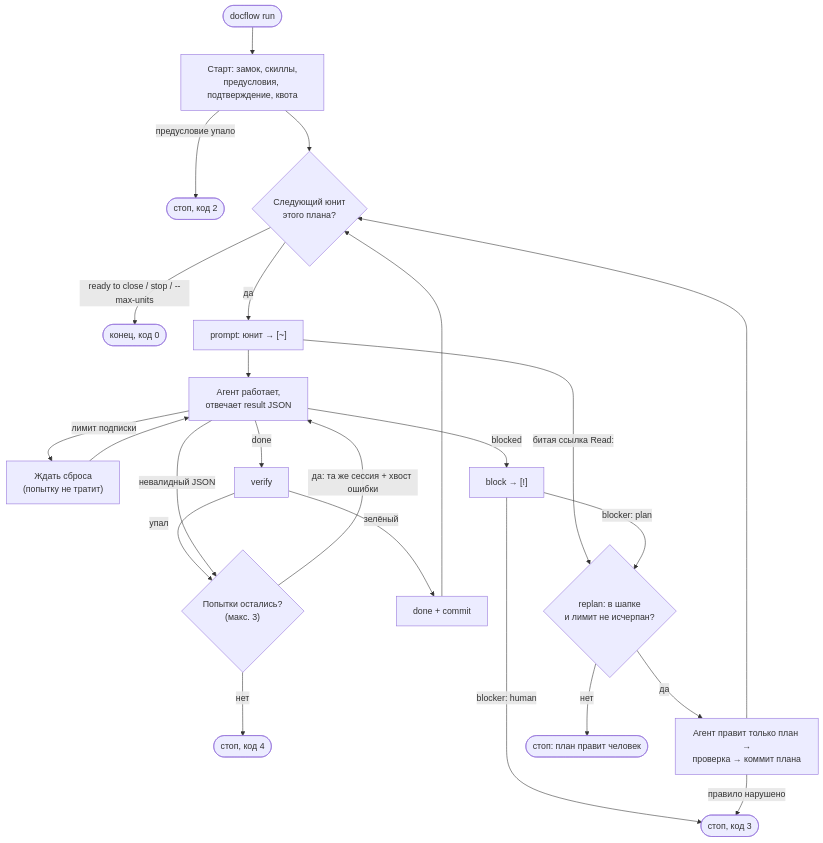
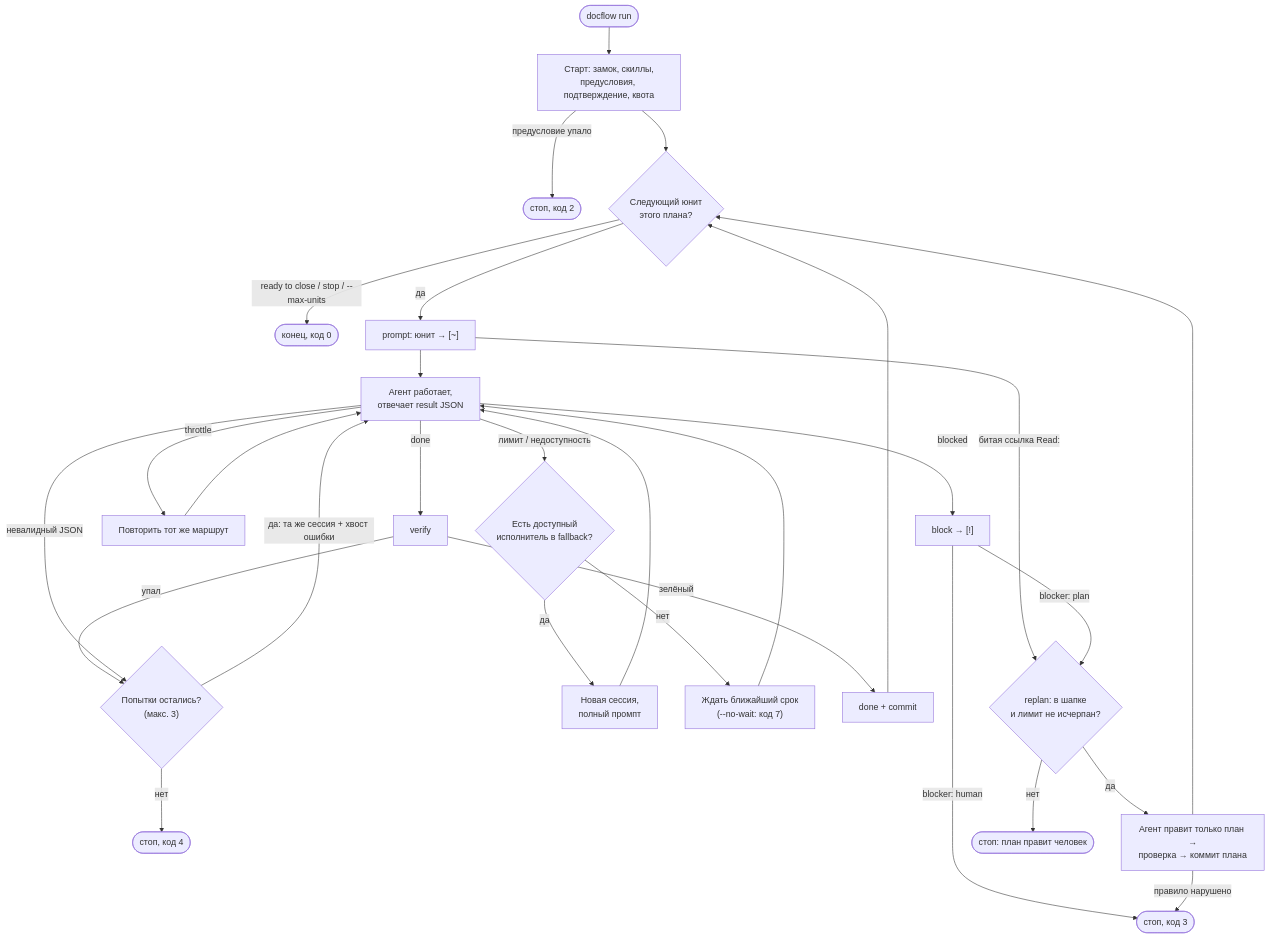
Before and after one commit to sboko83/docflow: the diagram in docs/design/runner.md, drawn with Mermaid. The commit also changed other lines of this file and 10 other files, not shown here.

````diff
--- a/docs/design/runner.md
+++ b/docs/design/runner.md
@@ -9,23 +9,26 @@
 ```mermaid
 flowchart TD
     A([docflow run]) --> B["Старт: замок, скиллы,<br/>предусловия, подтверждение, квота"]
     B -->|предусловие упало| S2([стоп, код 2])
     B --> C{"Следующий юнит<br/>этого плана?"}
     C -->|"ready to close / stop / --max-units"| S0([конец, код 0])
     C -->|да| P["prompt: юнит → [~]"]
     P -->|"битая ссылка Read:"| R
     P --> AG["Агент работает,<br/>отвечает result JSON"]
-    AG -->|лимит подписки| W["Ждать сброса<br/>(попытку не тратит)"] --> AG
+    AG -->|лимит / недоступность| F{"Есть доступный<br/>исполнитель в fallback?"}
+    F -->|да| FS["Новая сессия,<br/>полный промпт"] --> AG
+    F -->|нет| W["Ждать ближайший срок<br/>(--no-wait: код 7)"] --> AG
+    AG -->|throttle| TH["Повторить тот же маршрут"] --> AG
     AG -->|done| V[verify]
     V -->|зелёный| D["done + commit"] --> C
     V -->|упал| T{"Попытки остались?<br/>(макс. 3)"}
     AG -->|невалидный JSON| T
     T -->|"да: та же сессия + хвост ошибки"| AG
     T -->|нет| S4([стоп, код 4])
     AG -->|blocked| BL["block → [!]"]
     BL -->|"blocker: human"| S3([стоп, код 3])
     BL -->|"blocker: plan"| R{"replan: в шапке<br/>и лимит не исчерпан?"}
     R -->|да| RP["Агент правит только план →<br/>проверка → коммит плана"] --> C
     RP -->|правило нарушено| S3
     R -->|нет| S3H([стоп: план правит человек])
 ```
````
